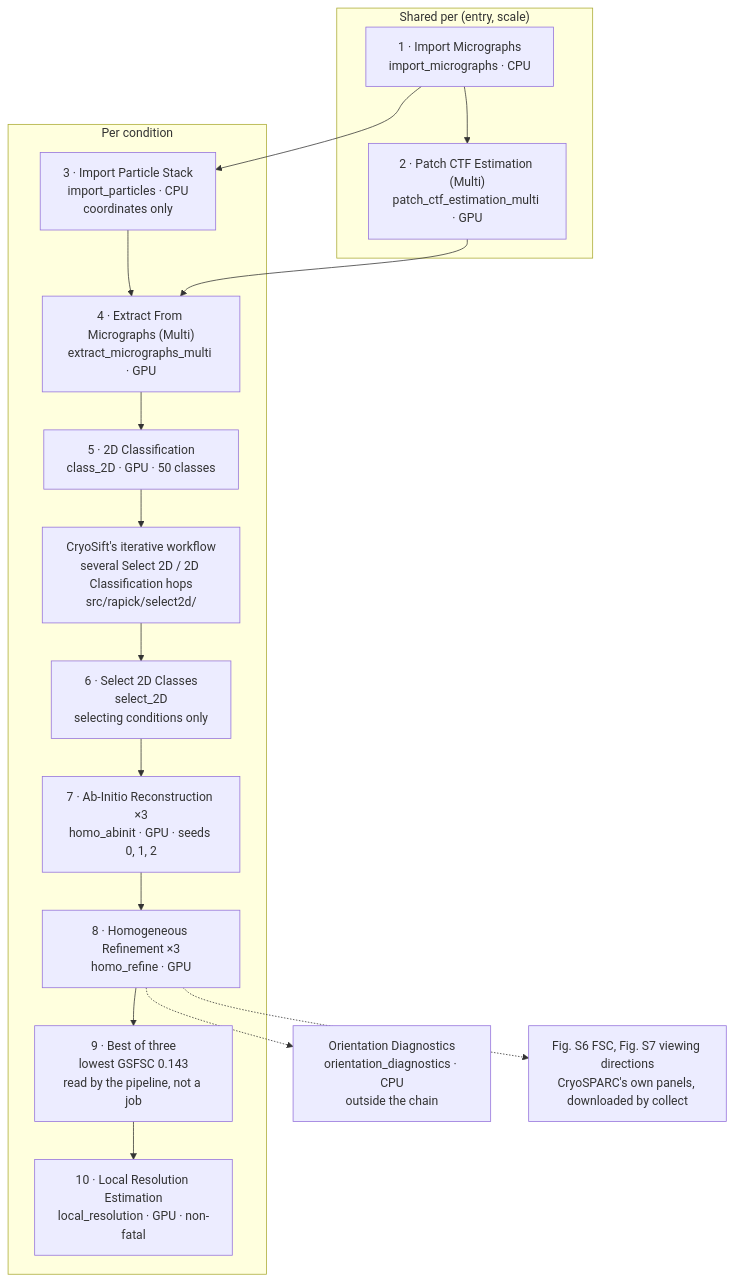
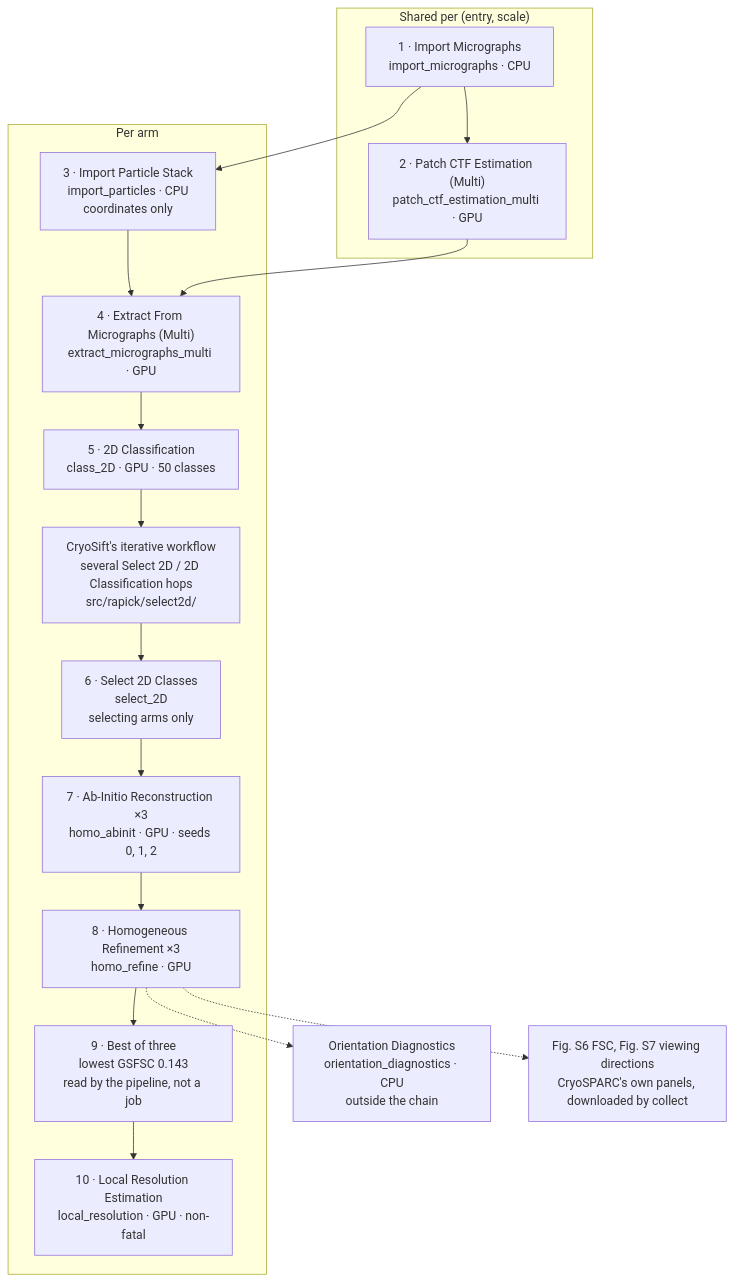
The diagram in docs/CRYOSPARC.md (riku359/ReconAwarePick), drawn with Mermaid before and after one commit. The commit also changed other lines of this file and 71 other files, not shown here.

````diff
--- a/docs/CRYOSPARC.md
+++ b/docs/CRYOSPARC.md
@@ -100,26 +100,26 @@
 ```mermaid
 flowchart TD
   subgraph shared["Shared per (entry, scale)"]
     J1["1 · Import Micrographs<br/>import_micrographs · CPU"]
     J2["2 · Patch CTF Estimation (Multi)<br/>patch_ctf_estimation_multi · GPU"]
     J1 --> J2
   end
-  subgraph cond["Per condition"]
+  subgraph cond["Per arm"]
     J3["3 · Import Particle Stack<br/>import_particles · CPU<br/>coordinates only"]
     J4["4 · Extract From Micrographs (Multi)<br/>extract_micrographs_multi · GPU"]
     J5["5 · 2D Classification<br/>class_2D · GPU · 50 classes"]
     IT["CryoSift's iterative workflow<br/>several Select 2D / 2D Classification hops<br/>src/rapick/select2d/"]
-    J6["6 · Select 2D Classes<br/>select_2D<br/>selecting conditions only"]
+    J6["6 · Select 2D Classes<br/>select_2D<br/>selecting arms only"]
     J7["7 · Ab-Initio Reconstruction ×3<br/>homo_abinit · GPU · seeds 0, 1, 2"]
     J8["8 · Homogeneous Refinement ×3<br/>homo_refine · GPU"]
     J9["9 · Best of three<br/>lowest GSFSC 0.143<br/>read by the pipeline, not a job"]
     J10["10 · Local Resolution Estimation<br/>local_resolution · GPU · non-fatal"]
     J3 --> J4 --> J5 --> IT --> J6 --> J7 --> J8 --> J9 --> J10
   end
   OD["Orientation Diagnostics<br/>orientation_diagnostics · CPU<br/>outside the chain"]
   FIG["Fig. S6 FSC, Fig. S7 viewing directions<br/>CryoSPARC's own panels, downloaded by collect"]
   J1 --> J3
   J2 --> J4
   J8 -.-> OD
   J8 -.-> FIG
 ```
````
